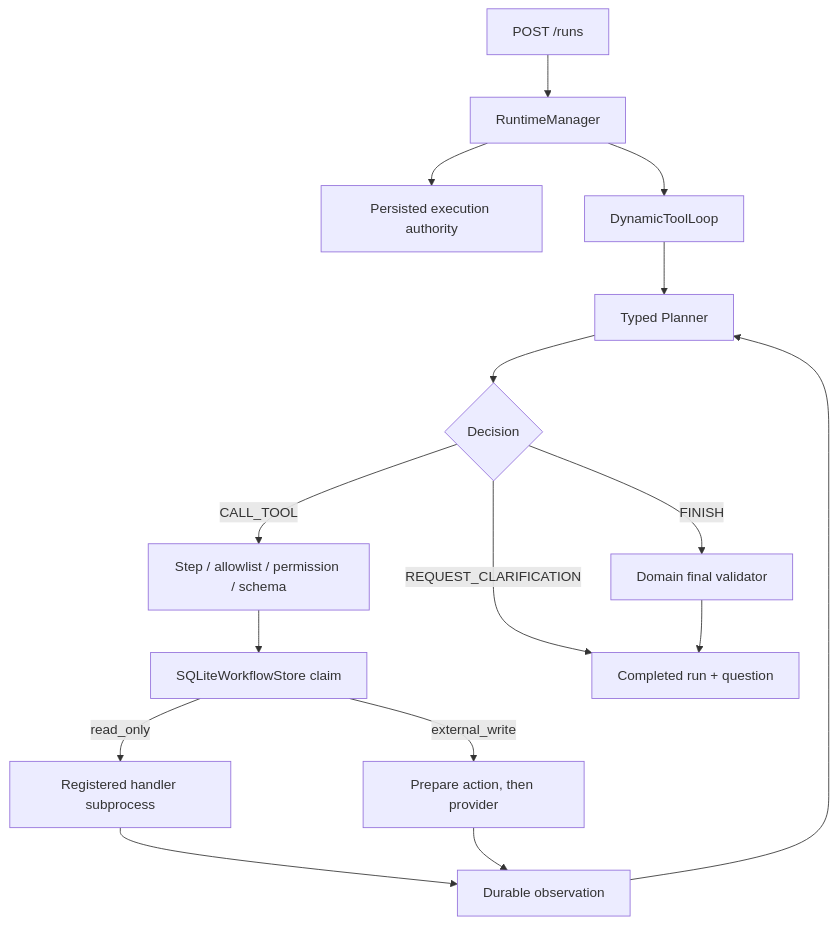
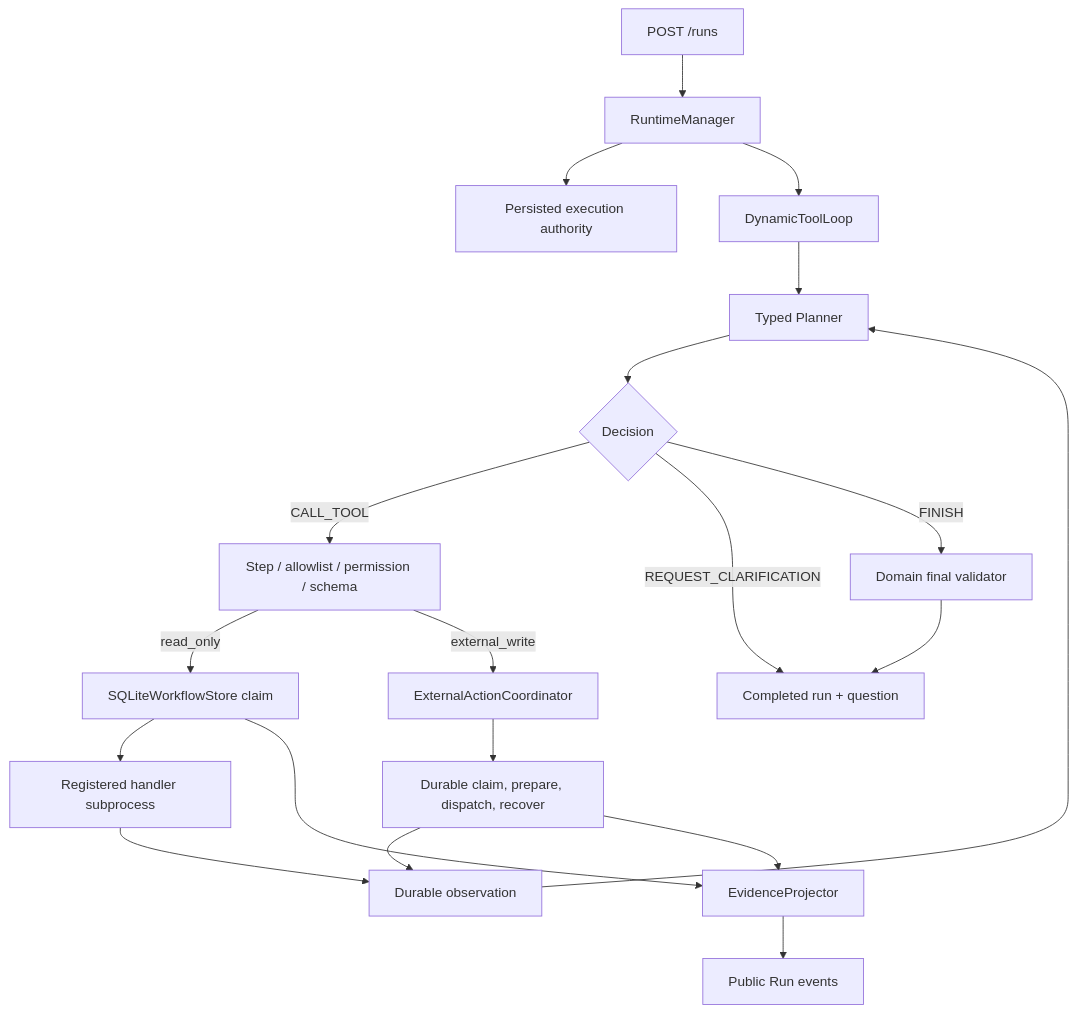
One commit to YingzuoLiu/agent-runtime-platform changed the diagram in docs/dynamic-tool-loop.md. Above: the diagram before and after it, drawn with Mermaid. The commit also changed other lines of this file and 10 other files, not shown here.

Commit message:
refactor: extract action coordination and evidence projection

````diff
--- a/docs/dynamic-tool-loop.md
+++ b/docs/dynamic-tool-loop.md
@@ -10,18 +10,22 @@
 ```mermaid
 flowchart TD
     API["POST /runs"] --> RM["RuntimeManager"]
     RM --> AUTH["Persisted execution authority"]
     RM --> LOOP["DynamicToolLoop"]
     LOOP --> PLAN["Typed Planner"]
     PLAN --> DEC{"Decision"}
     DEC -->|CALL_TOOL| POLICY["Step / allowlist / permission / schema"]
-    POLICY --> LEDGER["SQLiteWorkflowStore claim"]
-    LEDGER -->|read_only| SANDBOX["Registered handler subprocess"]
-    LEDGER -->|external_write| ACTION["Prepare action, then provider"]
+    POLICY -->|read_only| LEDGER["SQLiteWorkflowStore claim"]
+    LEDGER --> SANDBOX["Registered handler subprocess"]
+    POLICY -->|external_write| COORD["ExternalActionCoordinator"]
+    COORD --> ACTION["Durable claim, prepare, dispatch, recover"]
     SANDBOX --> OBS["Durable observation"]
     ACTION --> OBS
+    LEDGER --> PROJECT["EvidenceProjector"]
+    ACTION --> PROJECT
+    PROJECT --> EVENTS["Public Run events"]
     OBS --> PLAN
     DEC -->|REQUEST_CLARIFICATION| OUTCOME["Completed run + question"]
     DEC -->|FINISH| VALIDATE["Domain final validator"]
     VALIDATE --> OUTCOME
 ```
````
